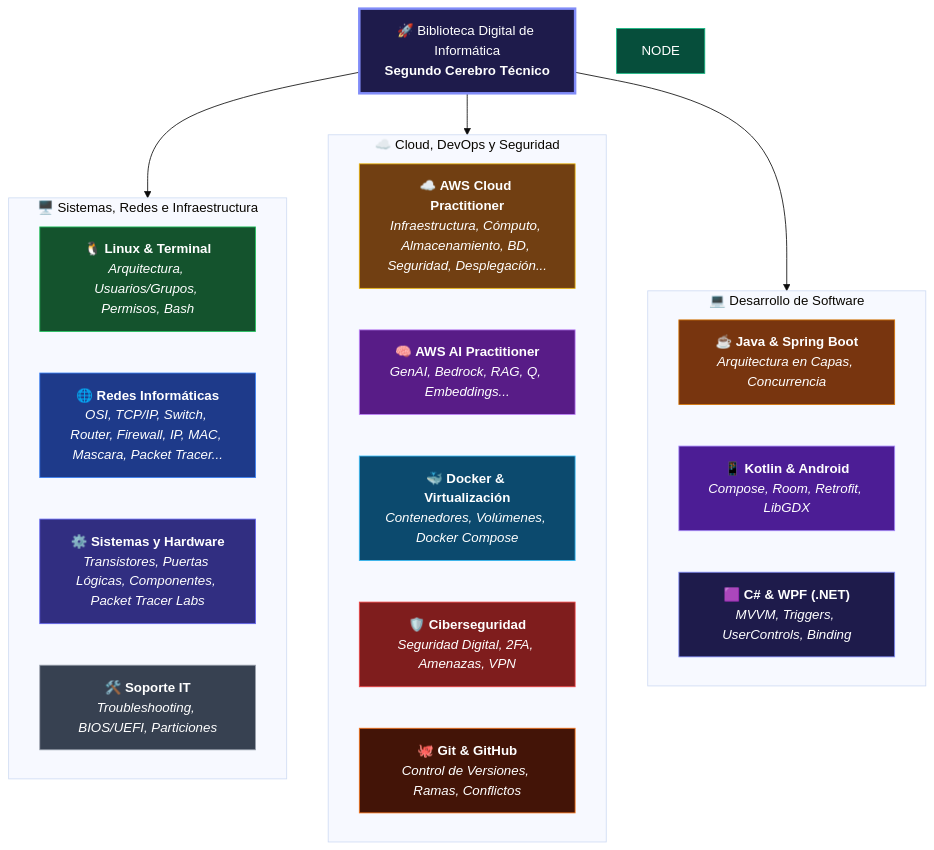
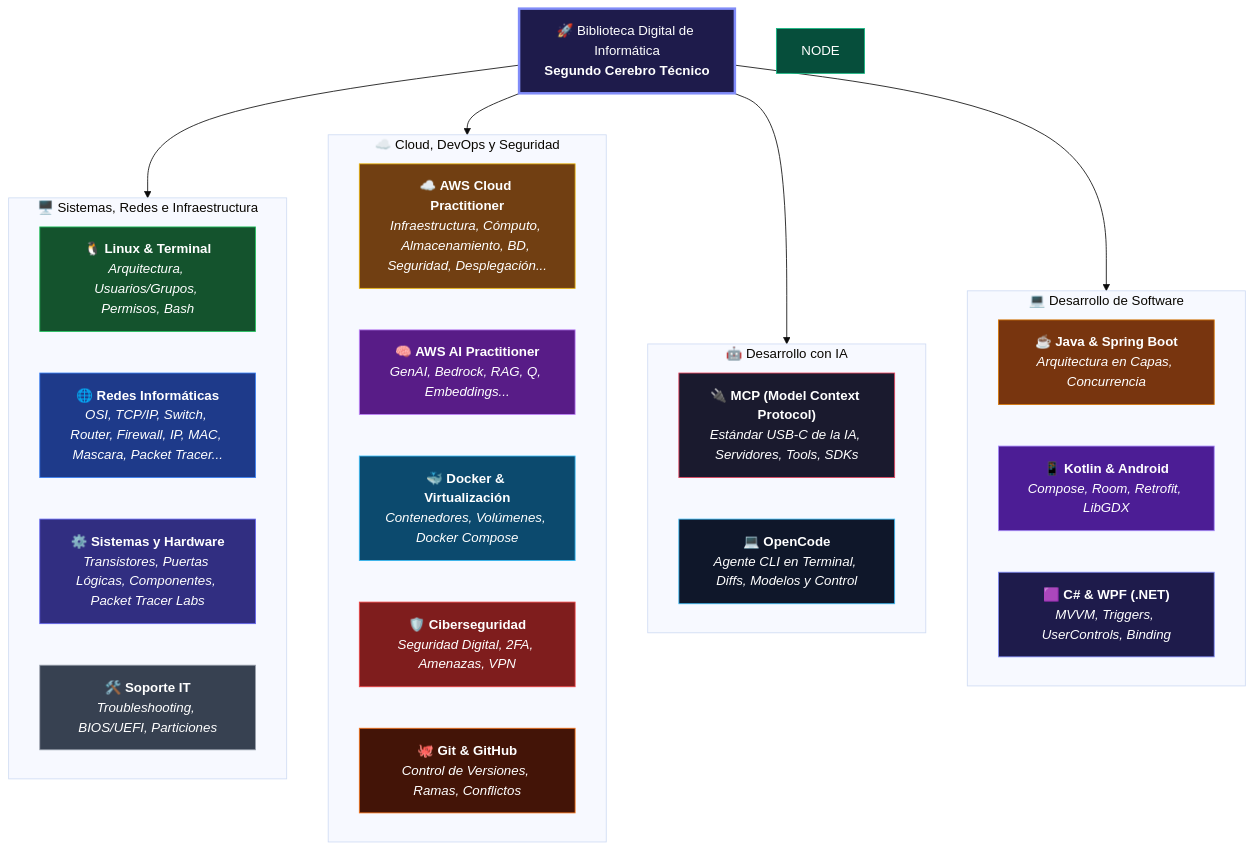
The diagram in Informática/index.md (izann06/Apuntes-Tecnicos-Obsidian), drawn with Mermaid (base theme) before and after one commit. The commit also changed other lines of this file and 49 other files, not shown here.

````diff
--- a/Informática/index.md
+++ b/Informática/index.md
@@ -12,44 +12,52 @@
 ```mermaid
 flowchart TD
     ROOT["🚀 Biblioteca Digital de Informática<br><b>Segundo Cerebro Técnico</b>"]
 
     subgraph SISTEMAS_INFRA["🖥️ Sistemas, Redes e Infraestructura"]
         LINUX["🐧 <b>Linux & Terminal</b><br><i>Arquitectura, Usuarios/Grupos, Permisos, Bash</i>"]
         REDES["🌐 <b>Redes Informáticas</b><br><i>OSI, TCP/IP, Switch, Router, Firewall, IP, MAC, Mascara, Packet Tracer...</i>"]
         SIST["⚙️ <b>Sistemas y Hardware</b><br><i>Transistores, Puertas Lógicas, Componentes, Packet Tracer Labs</i>"]
         IT["🛠️ <b>Soporte IT</b><br><i>Troubleshooting, BIOS/UEFI, Particiones</i>"]
     end
 
     subgraph CLOUD_DEVOPS["☁️ Cloud, DevOps y Seguridad"]
         AWS_CP["☁️ <b>AWS Cloud Practitioner</b><br><i>Infraestructura, Cómputo, Almacenamiento, BD, Seguridad, Desplegación...</i>"]
         AWS_AI["🧠 <b>AWS AI Practitioner</b><br><i>GenAI, Bedrock, RAG, Q, Embeddings...</i>"]
         DOCKER["🐳 <b>Docker & Virtualización</b><br><i>Contenedores, Volúmenes, Docker Compose</i>"]
         SEG["🛡️ <b>Ciberseguridad</b><br><i>Seguridad Digital, 2FA, Amenazas, VPN</i>"]
         GIT["🐙 <b>Git & GitHub</b><br><i>Control de Versiones, Ramas, Conflictos</i>"]
     end
 
+    subgraph DESARROLLO_IA["🤖 Desarrollo con IA"]
+        MCP["🔌 <b>MCP (Model Context Protocol)</b><br><i>Estándar USB-C de la IA, Servidores, Tools, SDKs</i>"]
+        OPENCODE["💻 <b>OpenCode</b><br><i>Agente CLI en Terminal, Diffs, Modelos y Control</i>"]
+    end
+
     subgraph DEV_SOFTWARE["💻 Desarrollo de Software"]
         JAVA["☕ <b>Java & Spring Boot</b><br><i>Arquitectura en Capas, Concurrencia</i>"]
         KOTLIN["📱 <b>Kotlin & Android</b><br><i>Compose, Room, Retrofit, LibGDX</i>"]
         CSHARP["🟪 <b>C# & WPF (.NET)</b><br><i>MVVM, Triggers, UserControls, Binding</i>"]
     end
 
     ROOT --> SISTEMAS_INFRA
     ROOT --> CLOUD_DEVOPS
+    ROOT --> DESARROLLO_IA
     ROOT --> DEV_SOFTWARE
 
     style ROOT fill:#1e1b4b,stroke:#818cf8,color:#fff,stroke-width:3px
     style LINUX fill:#14532d,stroke:#22c55e,color:#fff
     style REDES fill:#1e3a8a,stroke:#3b82f6,color:#fff
     style SIST fill:#312e81,stroke:#6366f1,color:#fff
     style IT fill:#374151,stroke:#9ca3af,color:#fff
     style AWS_CP fill:#713f12,stroke:#eab308,color:#fff
     style AWS_AI fill:#581c87,stroke:#c084fc,color:#fff
     style DOCKER fill:#0c4a6e,stroke:#38bdf8,color:#fff
     style SEG fill:#7f1d1d,stroke:#ef4444,color:#fff
     style GIT fill:#431407,stroke:#f97316,color:#fff
+    style MCP fill:#1a1a2e,stroke:#e94560,color:#fff
+    style OPENCODE fill:#0f172a,stroke:#38bdf8,color:#fff
     style JAVA fill:#78350f,stroke:#d97706,color:#fff
     style KOTLIN fill:#4c1d95,stroke:#a78bfa,color:#fff
     style CSHARP fill:#1e1b4b,stroke:#818cf8,color:#fff
     style NODE fill:#064e3b,stroke:#10b981,color:#fff
 ```
````
